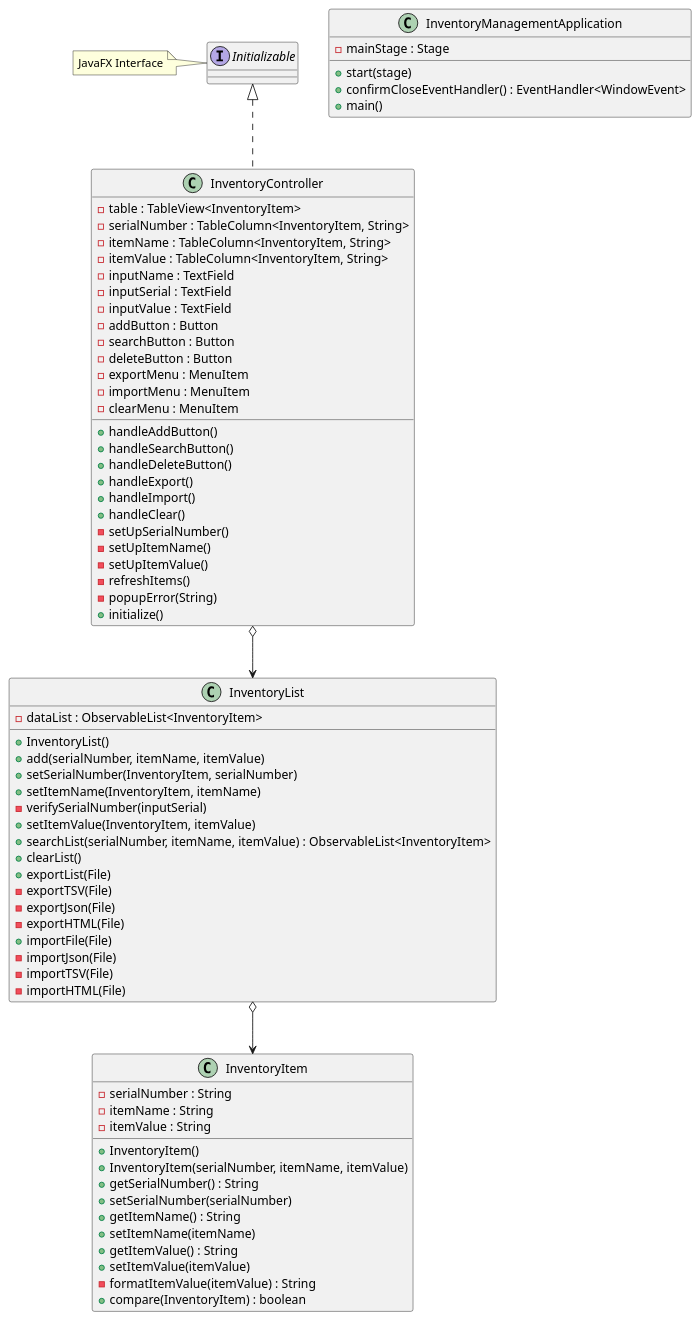
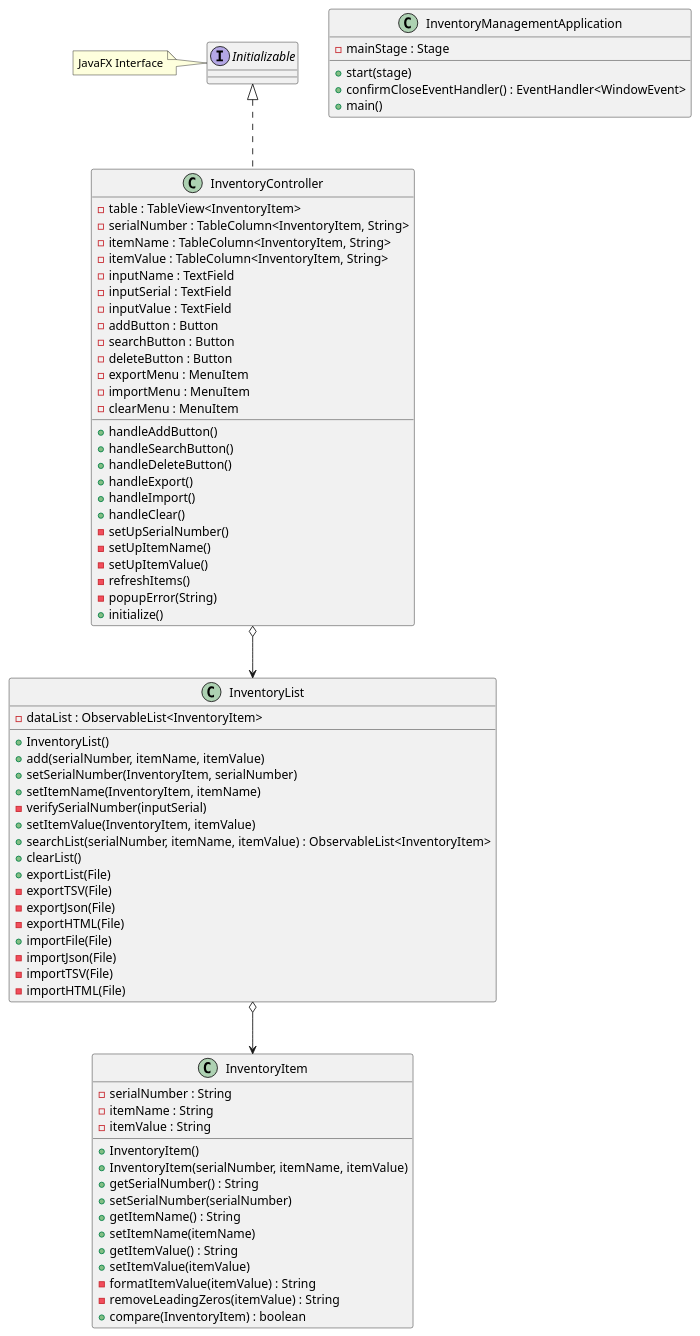
One commit to jmazor/mazor-app2 changed the diagram in docs/Inventory.puml. Above: the diagram before and after it, drawn with PlantUML. The commit also changed 7 other files, not shown here.

```diff
--- a/docs/Inventory.puml
+++ b/docs/Inventory.puml
@@ -1,87 +1,88 @@
 @startuml
 'https://plantuml.com/class-diagram
 
 class InventoryManagementApplication {
     -mainStage : Stage
     +start(stage)
     +confirmCloseEventHandler() : EventHandler<WindowEvent>
     +main()
 }
 
 class InventoryController implements Initializable{
     -table : TableView<InventoryItem>
     -serialNumber : TableColumn<InventoryItem, String>
     -itemName : TableColumn<InventoryItem, String>
     -itemValue : TableColumn<InventoryItem, String>
     -inputName : TextField
     -inputSerial : TextField
     -inputValue : TextField
     -addButton : Button
     -searchButton : Button
     -deleteButton : Button
     -exportMenu : MenuItem
     -importMenu : MenuItem
     -clearMenu : MenuItem
 
     +handleAddButton()
     +handleSearchButton()
     +handleDeleteButton()
     +handleExport()
     +handleImport()
     +handleClear()
     -setUpSerialNumber()
     -setUpItemName()
     -setUpItemValue()
     -refreshItems()
     -popupError(String)
     +initialize()
 
 }
 
 Interface Initializable
 note left: JavaFX Interface
 
 class InventoryItem {
     -serialNumber : String
     -itemName : String
     -itemValue : String
 
     +InventoryItem()
     +InventoryItem(serialNumber, itemName, itemValue)
     +getSerialNumber() : String
     +setSerialNumber(serialNumber)
     +getItemName() : String
     +setItemName(itemName)
     +getItemValue() : String
     +setItemValue(itemValue)
     -formatItemValue(itemValue) : String
+    -removeLeadingZeros(itemValue) : String
     +compare(InventoryItem) : boolean
 
 
 }
 
 class InventoryList {
     -dataList : ObservableList<InventoryItem>
     +InventoryList()
     +add(serialNumber, itemName, itemValue)
     +setSerialNumber(InventoryItem, serialNumber)
     +setItemName(InventoryItem, itemName)
     -verifySerialNumber(inputSerial)
     +setItemValue(InventoryItem, itemValue)
     +searchList(serialNumber, itemName, itemValue) : ObservableList<InventoryItem>
     +clearList()
     +exportList(File)
     -exportTSV(File)
     -exportJson(File)
     -exportHTML(File)
     +importFile(File)
     -importJson(File)
     -importTSV(File)
     -importHTML(File)
 
 }
 
 InventoryList o--> InventoryItem
 InventoryController o--> InventoryList
 
 @enduml
```
